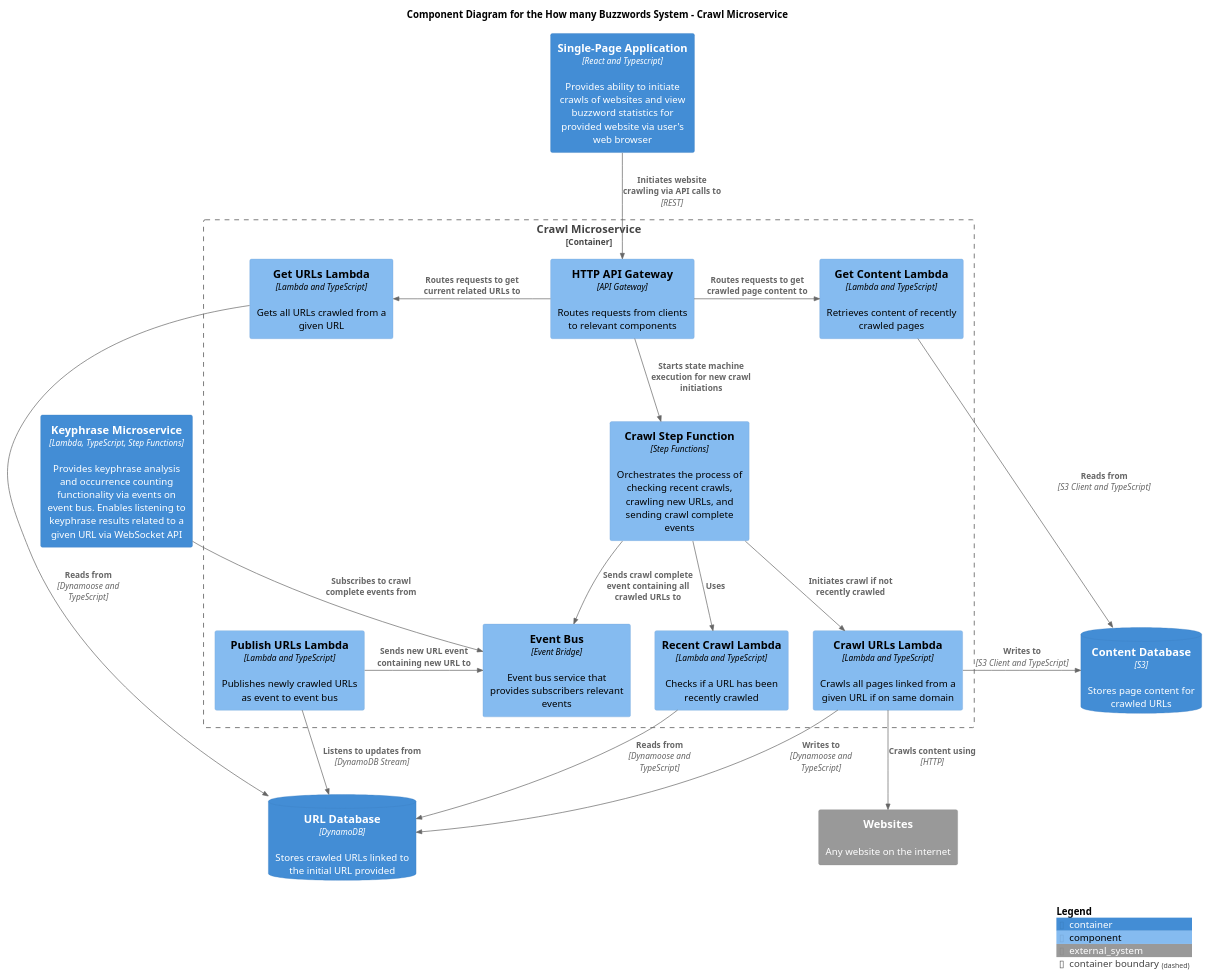
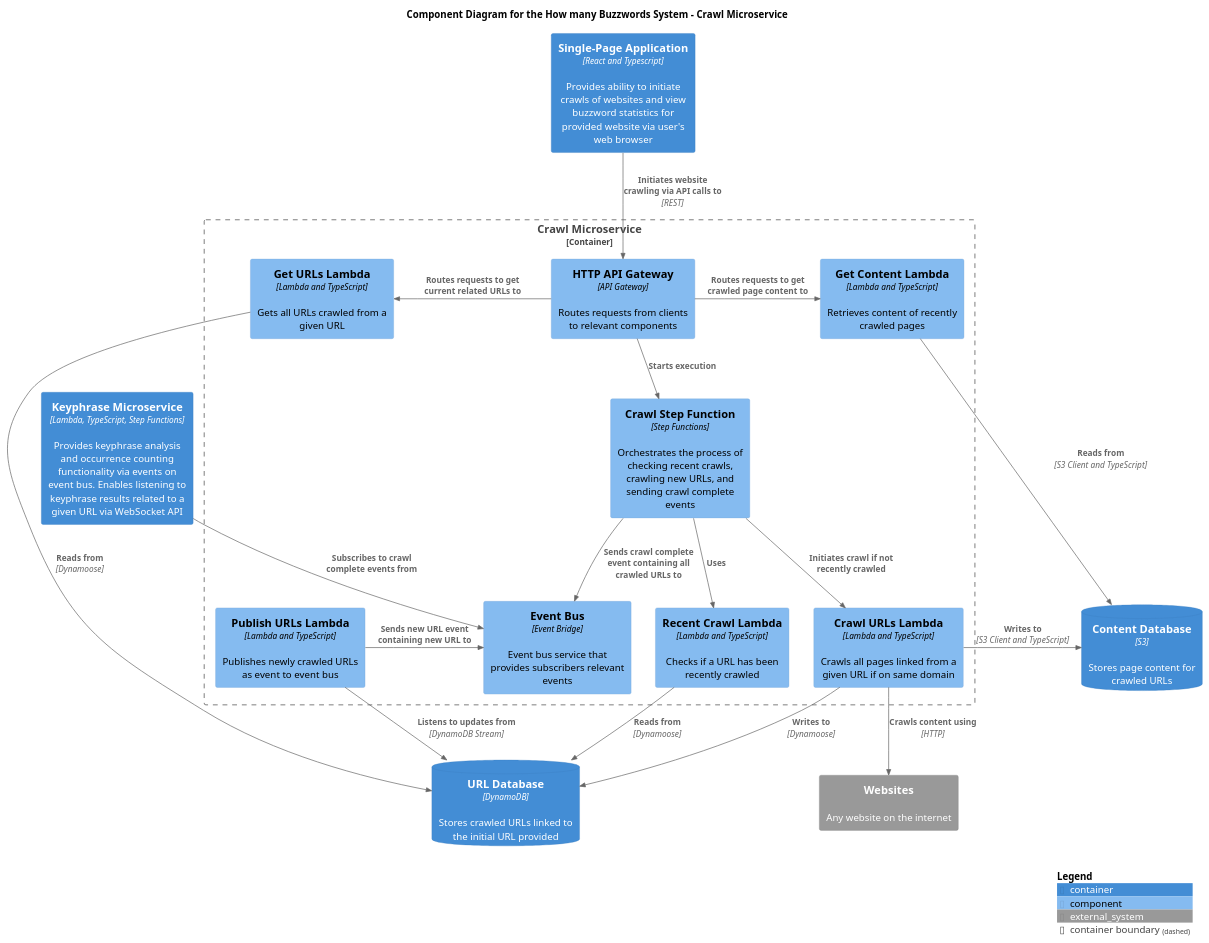
One commit to ashley-evans/how-many-buzzwords changed the diagram in docs/c4-diagrams/buzzword-c4-component-crawl-microservice.puml. Above: the diagram before and after it, drawn with PlantUML. The commit also changed 2 other files, not shown here.

Commit message:
Add component diagram for keyphrase microservice
Update crawl microservice component diagram to remove duplicate reference to ts
Update container diagram to match language used in component diagram for keyphrase microservice

```diff
--- a/docs/c4-diagrams/buzzword-c4-component-crawl-microservice.puml
+++ b/docs/c4-diagrams/buzzword-c4-component-crawl-microservice.puml
@@ -1,53 +1,53 @@
 @startuml Buzzword C4 Component Diagram
 
 !include https://raw.githubusercontent.com/plantuml-stdlib/C4-PlantUML/master/C4_Component.puml
 
 title Component Diagram for the How many Buzzwords System - Crawl Microservice
 
 Container(single_page_application, "Single-Page Application", "React and Typescript", $descr="Provides ability to initiate crawls of websites and view buzzword statistics for provided website via user's web browser")
 Container(keyphrase_microservice, "Keyphrase Microservice", "Lambda, TypeScript, Step Functions", "Provides keyphrase analysis and occurrence counting functionality via events on event bus. Enables listening to keyphrase results related to a given URL via WebSocket API")
 
 Container_Boundary(crawl_microservice_boundary, "Crawl Microservice") {
     Component(api_gateway, "HTTP API Gateway", "API Gateway", "Routes requests from clients to relevant components")
     Component(step_function, "Crawl Step Function", "Step Functions", "Orchestrates the process of checking recent crawls, crawling new URLs, and sending crawl complete events")
     Component(recent_crawl_lambda, "Recent Crawl Lambda", "Lambda and TypeScript", "Checks if a URL has been recently crawled")
     Component(crawl_urls_lambda, "Crawl URLs Lambda", "Lambda and TypeScript", "Crawls all pages linked from a given URL if on same domain")
     Component(get_content_lambda, "Get Content Lambda", "Lambda and TypeScript", "Retrieves content of recently crawled pages")
     Component(get_urls_lambda, "Get URLs Lambda", "Lambda and TypeScript", "Gets all URLs crawled from a given URL")
     Component(publish_urls_lambda, "Publish URLs Lambda", "Lambda and TypeScript", "Publishes newly crawled URLs as event to event bus")
     Component(event_bus, "Event Bus", "Event Bridge", "Event bus service that provides subscribers relevant events")
 }
 
 ContainerDb(url_db, "URL Database", "DynamoDB", $descr="Stores crawled URLs linked to the initial URL provided")
 ContainerDb(content_db, "Content Database", "S3", $descr="Stores page content for crawled URLs")
 
 System_Ext(websites, "Websites", "Any website on the internet")
 
 Rel(single_page_application, api_gateway, "Initiates website crawling via API calls to", "REST")
 
-Rel(api_gateway, step_function, "Starts state machine execution for new crawl initiations")
+Rel(api_gateway, step_function, "Starts execution")
 Rel_L(api_gateway, get_urls_lambda, "Routes requests to get current related URLs to")
 Rel_R(api_gateway, get_content_lambda, "Routes requests to get crawled page content to")
 
 Rel(step_function, recent_crawl_lambda, "Uses")
 Rel(step_function, crawl_urls_lambda, "Initiates crawl if not recently crawled")
 Rel(step_function, event_bus, "Sends crawl complete event containing all crawled URLs to")
 
-Rel(recent_crawl_lambda, url_db, "Reads from", "Dynamoose and TypeScript")
+Rel(recent_crawl_lambda, url_db, "Reads from", "Dynamoose")
 
-Rel(crawl_urls_lambda, url_db, "Writes to", "Dynamoose and TypeScript")
+Rel(crawl_urls_lambda, url_db, "Writes to", "Dynamoose")
 Rel_R(crawl_urls_lambda, content_db, "Writes to", "S3 Client and TypeScript")
 Rel_D(crawl_urls_lambda, websites, "Crawls content using", "HTTP")
 
-Rel(get_urls_lambda, url_db, "Reads from", "Dynamoose and TypeScript")
+Rel(get_urls_lambda, url_db, "Reads from", "Dynamoose")
 
 Rel(get_content_lambda, content_db, "Reads from", "S3 Client and TypeScript")
 
 Rel_U(publish_urls_lambda, url_db, "Listens to updates from", "DynamoDB Stream")
 Rel_R(publish_urls_lambda, event_bus, "Sends new URL event containing new URL to")
 
 Rel(keyphrase_microservice, event_bus, "Subscribes to crawl complete events from")
 
 SHOW_LEGEND()
 
 @enduml
```
